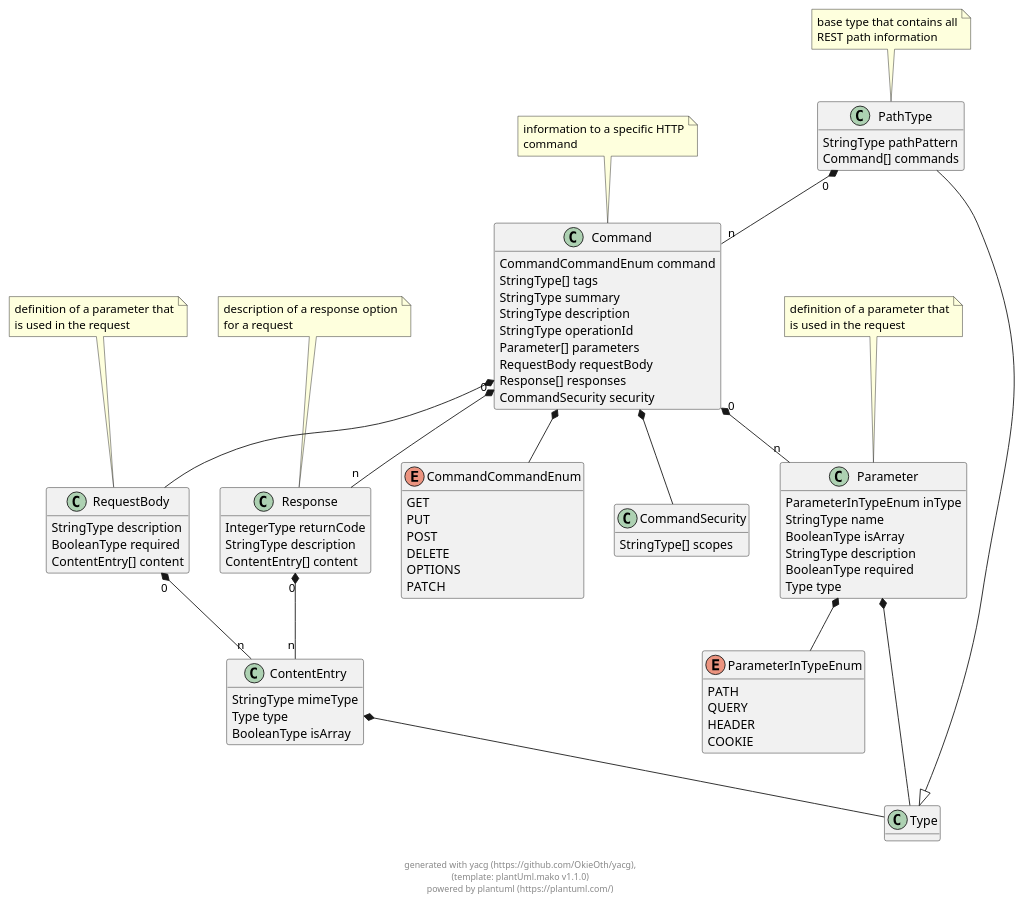
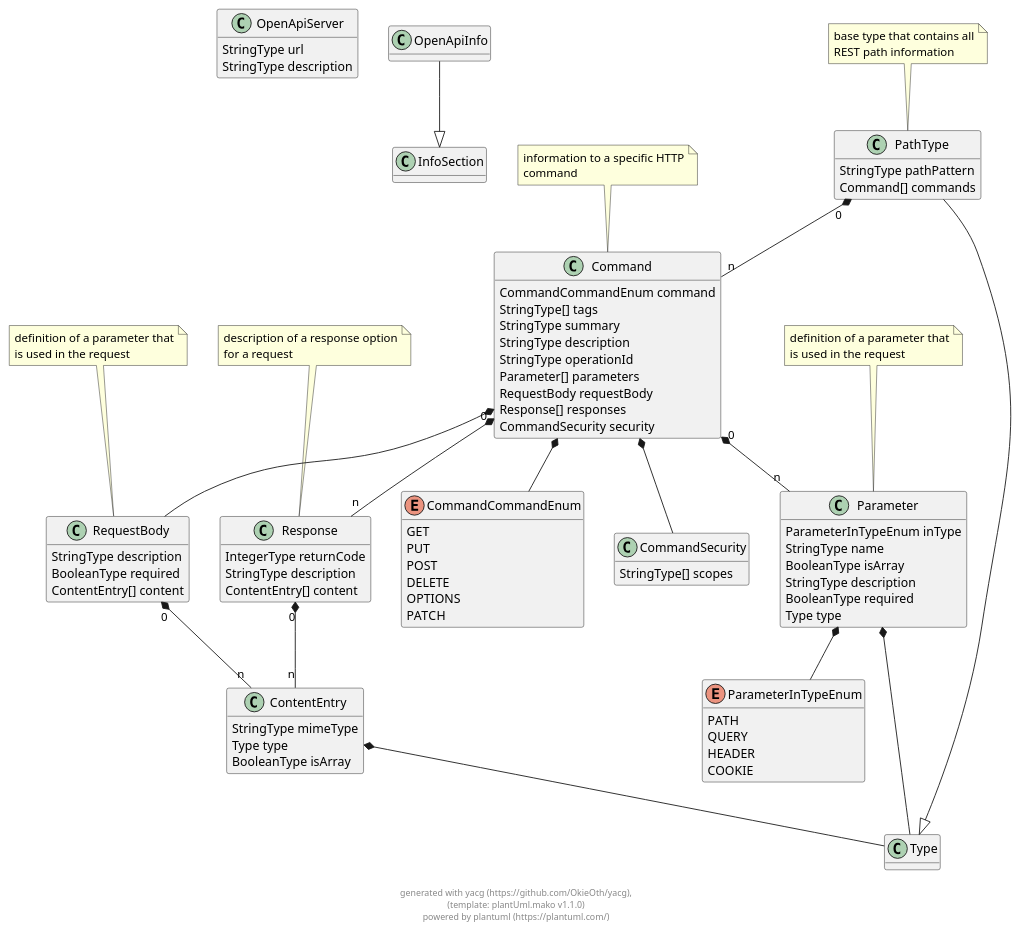
The diagram in docs/puml/yacg_openapi.puml (OkieOth/yacg), drawn with PlantUML before and after one commit. The commit also changed 12 other files, not shown here.

```diff
--- a/docs/puml/yacg_openapi.puml
+++ b/docs/puml/yacg_openapi.puml
@@ -2,144 +2,159 @@
 @startuml
 hide empty methods
 
+class OpenApiServer {
+        StringType url
+        StringType description
+}
+
+
+class OpenApiInfo {
+}
+
+
+OpenApiInfo --|> InfoSection
 class PathType {
         StringType pathPattern
         Command[] commands
 }
 
 note top: base type that contains all\nREST path information
 
 PathType --|> Type
 class Command {
         CommandCommandEnum command
         StringType[] tags
         StringType summary
         StringType description
         StringType operationId
         Parameter[] parameters
         RequestBody requestBody
         Response[] responses
         CommandSecurity security
 }
 
 note top: information to a specific HTTP\ncommand
 
 enum CommandCommandEnum {
     GET
     PUT
     POST
     DELETE
     OPTIONS
     PATCH
 }
 
 
 class Parameter {
         ParameterInTypeEnum inType
         StringType name
         BooleanType isArray
         StringType description
         BooleanType required
         Type type
 }
 
 note top: definition of a parameter that\nis used in the request
 
 class RequestBody {
         StringType description
         BooleanType required
         ContentEntry[] content
 }
 
 note top: definition of a parameter that\nis used in the request
 
 class Response {
         IntegerType returnCode
         StringType description
         ContentEntry[] content
 }
 
 note top: description of a response option\nfor a request
 
 class CommandSecurity {
         StringType[] scopes
 }
 
 
 class ContentEntry {
         StringType mimeType
         Type type
         BooleanType isArray
 }
 
 
 enum ParameterInTypeEnum {
     PATH
     QUERY
     HEADER
     COOKIE
 }
 
 
 
     
 
+
+    
+    
+
 PathType "0" *-- "n" Command
             
 
     
 Command  *--  CommandCommandEnum
             
 
 
 
 
 
 Command "0" *-- "n" Parameter
             
 
 Command  *--  RequestBody
             
 
 Command "0" *-- "n" Response
             
 
 Command  *--  CommandSecurity
             
 
     
     
 Parameter  *--  ParameterInTypeEnum
             
 
 
 
 
 
 Parameter  *--  Type
             
 
     
 
 
 RequestBody "0" *-- "n" ContentEntry
             
 
     
 
 
 Response "0" *-- "n" ContentEntry
             
 
     
 
     
 
 ContentEntry  *--  Type
             
 
 
     
 
 footer \ngenerated with yacg (https://github.com/OkieOth/yacg),\n(template: plantUml.mako v1.1.0)\npowered by plantuml (https://plantuml.com/)
 @enduml
```
